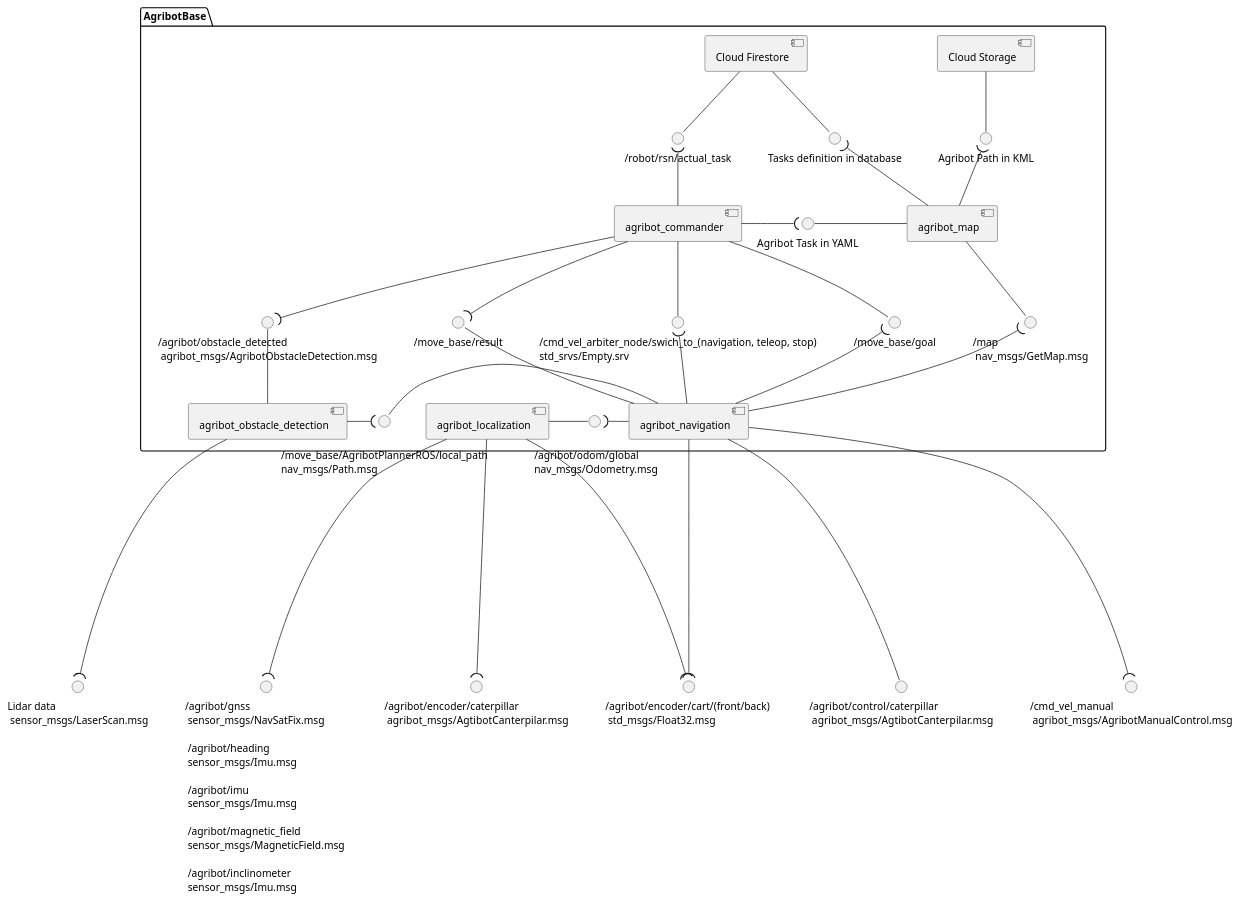
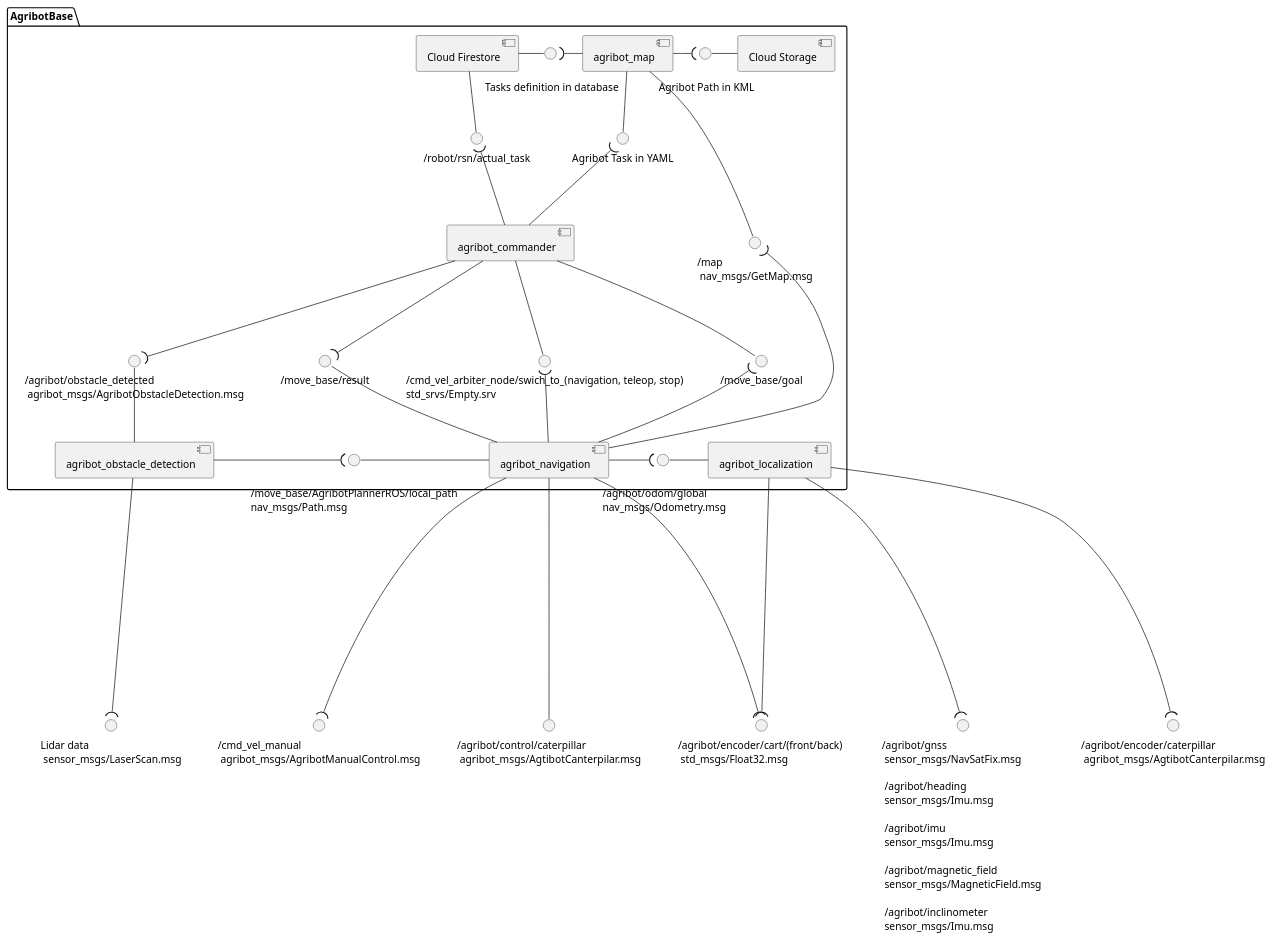
The diagram in doc/component_diagram.puml (agribot-2-0/agribot_base), drawn with PlantUML before and after one commit. The commit also changed 3 other files, not shown here.

Commit message:
Update diagrams

```diff
--- a/doc/component_diagram.puml
+++ b/doc/component_diagram.puml
@@ -1,97 +1,109 @@
 @startuml
 
-
-() "/agribot/control/caterpillar \n \
-agribot_msgs/AgtibotCanterpilar.msg" as ControlCaterpillar
-() "/cmd_vel_manual \n \
-agribot_msgs/AgribotManualControl.msg" as ManualControl
-() "/agribot/encoder/cart/(front/back) \n \
-std_msgs/Float32.msg" as EncoderCart
-() "/agribot/encoder/caterpillar \n \
-agribot_msgs/AgtibotCanterpilar.msg" as EncoderCaterpillar
+' Input Interfaces
+' rectangle {
+() "Lidar data \n sensor_msgs/LaserScan.msg" as ObstacleDetectionSensors
 
 () "/agribot/gnss \n sensor_msgs/NavSatFix.msg \n\n \
 /agribot/heading \n sensor_msgs/Imu.msg \n\n \
 /agribot/imu \n sensor_msgs/Imu.msg \n\n \
 /agribot/magnetic_field \n sensor_msgs/MagneticField.msg \n\n \
 /agribot/inclinometer \n sensor_msgs/Imu.msg" as LocalizationSensors
 
-() "Lidar data \n sensor_msgs/LaserScan.msg" as ObstacleDetectionSensors
+() "/cmd_vel_manual \n \
+agribot_msgs/AgribotManualControl.msg" as ManualControl
+() "/agribot/encoder/cart/(front/back) \n \
+std_msgs/Float32.msg" as EncoderCart
+() "/agribot/encoder/caterpillar \n \
+agribot_msgs/AgtibotCanterpilar.msg" as EncoderCaterpillar
+' }
 
+' Output Interfaces
+() "/agribot/control/caterpillar \n \
+agribot_msgs/AgtibotCanterpilar.msg" as ControlCaterpillar
 
 package AgribotBase {
-    ' Interfaces
+    ' Internal Interfaces
     () "/robot/rsn/actual_task" as CloudActualTask
-    () "Tasks definition in database" as CloudTask
-    () "Agribot Path in KML" as CloudPath
 
     () "Agribot Task in YAML" as Task
     () "/map \n nav_msgs/GetMap.msg" as Map
     () "/move_base/goal" as MoveBaseGoal
     () "/move_base/result" as MoveBaseResult
     () "/cmd_vel_arbiter_node/swich_to_(navigation, teleop, stop)\nstd_srvs/Empty.srv" as CmdVelArbiter
     () "/agribot/obstacle_detected \n agribot_msgs/AgribotObstacleDetection.msg" as ObstacleDetection
     
-    () "\n /agribot/odom/global \n nav_msgs/Odometry.msg" as Odometry
-    () "\n /move_base/AgribotPlannerROS/local_path \n nav_msgs/Path.msg" as LocalPath
 
-    ' Components
-    [Cloud Firestore]
-    [Cloud Storage]
+    ' package "Navigation input data" {
+        () "\n Tasks definition in database" as CloudTask
+        () "\n Agribot Path in KML" as CloudPath
 
-    [agribot_commander]
-    ' [agribot_monitoring]
-    [agribot_map] 
+        [Cloud Firestore]
+        [Cloud Storage]
+        [agribot_map] 
+        ' [agribot_monitoring]
+    
+        [Cloud Firestore] - CloudTask
+        CloudTask )- [agribot_map]
 
-    [agribot_navigation]
-    ' [agribot_teleop]
-    [agribot_localization]
-    [agribot_obstacle_detection]
-    ' [agribot_tool_management]
+        [agribot_map] -( CloudPath
+        CloudPath - [Cloud Storage]
+    ' }
+
+    ' package {
+        [agribot_commander]
+    ' }
+
+    ' rectangle {
+        () "\n /agribot/odom/global \n nav_msgs/Odometry.msg" as Odometry
+        () "\n /move_base/AgribotPlannerROS/local_path \n nav_msgs/Path.msg" as LocalPath
+        
+        [agribot_navigation]
+        [agribot_localization]
+        [agribot_obstacle_detection]
+        ' [agribot_tool_management]
+        
+        [agribot_obstacle_detection] -( LocalPath
+        LocalPath - [agribot_navigation]
+
+        [agribot_navigation] -( Odometry
+        Odometry - [agribot_localization]
+
+    ' }
 
     ' Connections
     [Cloud Firestore] -- CloudActualTask
-    [Cloud Firestore] -- CloudTask
-    [Cloud Storage] -- CloudPath
-    
-    [agribot_commander] -right-( Task
-    Task -left- [agribot_map]
+    [agribot_map] -- Task
 
-
+    Task )-- [agribot_commander]
     CloudActualTask )-- [agribot_commander]
-    CloudTask )-- [agribot_map]
-    CloudPath )-- [agribot_map]
 
     [agribot_commander] -- MoveBaseGoal
     [agribot_commander] -- CmdVelArbiter
     [agribot_commander] --( MoveBaseResult
     [agribot_commander] --( ObstacleDetection
     [agribot_map] -- Map
 
 
     ObstacleDetection -- [agribot_obstacle_detection]
-    [agribot_obstacle_detection] -( LocalPath
 
     MoveBaseGoal )-- [agribot_navigation]
     MoveBaseResult -- [agribot_navigation]
     CmdVelArbiter )-- [agribot_navigation]
     Map )-- [agribot_navigation]
-    LocalPath - [agribot_navigation]
 
-    Odometry )-[agribot_navigation]
-    [agribot_localization] - Odometry
 }
 
-[agribot_navigation] -- ControlCaterpillar
+[agribot_obstacle_detection] --( ObstacleDetectionSensors
+
 [agribot_navigation] --( ManualControl
 [agribot_navigation] --( EncoderCart
 
 [agribot_localization] --( EncoderCart
 [agribot_localization] --( EncoderCaterpillar
-
 [agribot_localization] --( LocalizationSensors
 
-[agribot_obstacle_detection] --( ObstacleDetectionSensors
 
+[agribot_navigation] -- ControlCaterpillar
 
 @enduml
```
